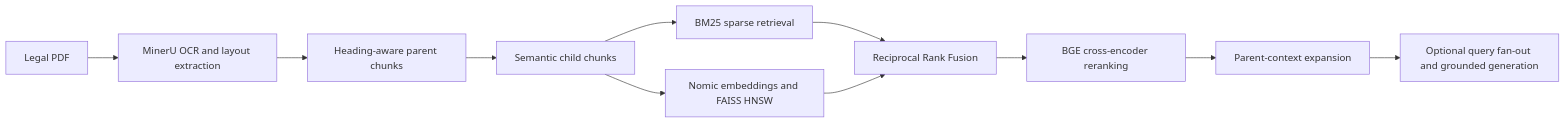
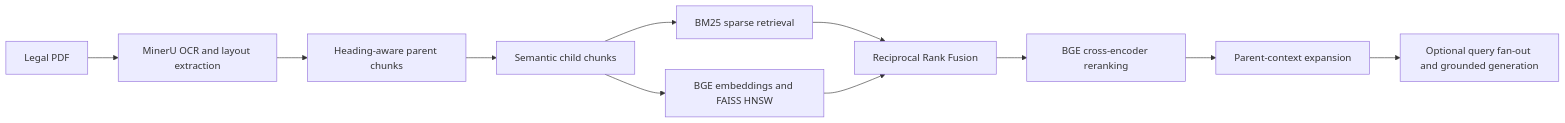
Before and after one commit to errorui/indian-legal-hybrid-rag: the diagram in README.md, drawn with Mermaid. The commit also changed other lines of this file and 41 other files, not shown here.

````diff
--- a/README.md
+++ b/README.md
@@ -32,13 +32,13 @@
 ```mermaid
 flowchart LR
     A["Legal PDF"] --> B["MinerU OCR and layout extraction"]
     B --> C["Heading-aware parent chunks"]
     C --> D["Semantic child chunks"]
     D --> E["BM25 sparse retrieval"]
-    D --> F["Nomic embeddings and FAISS HNSW"]
+    D --> F["BGE embeddings and FAISS HNSW"]
     E --> G["Reciprocal Rank Fusion"]
     F --> G
     G --> H["BGE cross-encoder reranking"]
     H --> I["Parent-context expansion"]
     I --> J["Optional query fan-out and grounded generation"]
 ```
````
